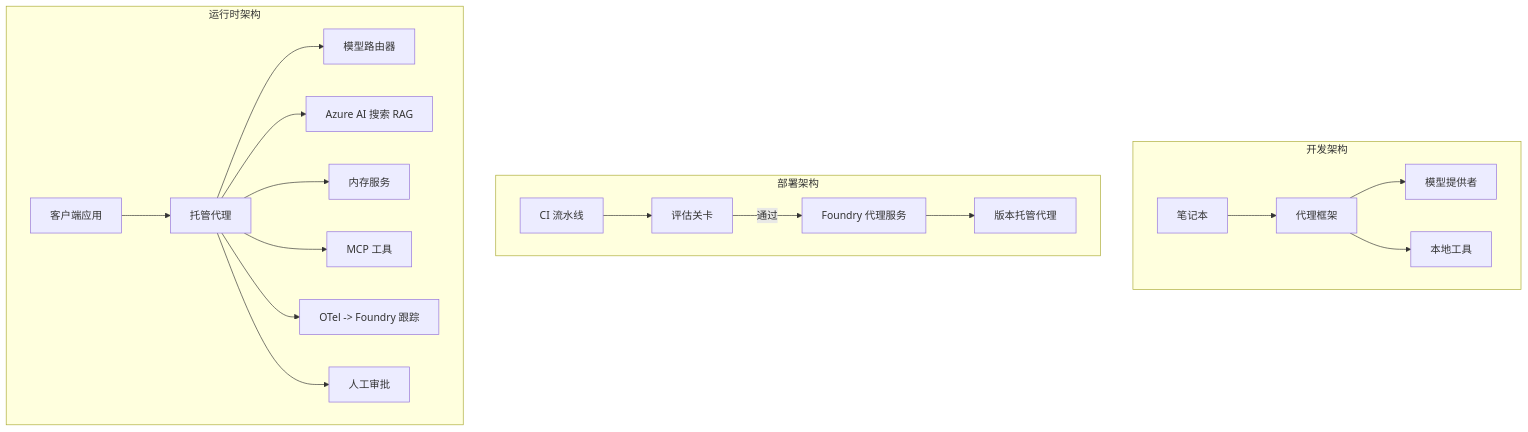
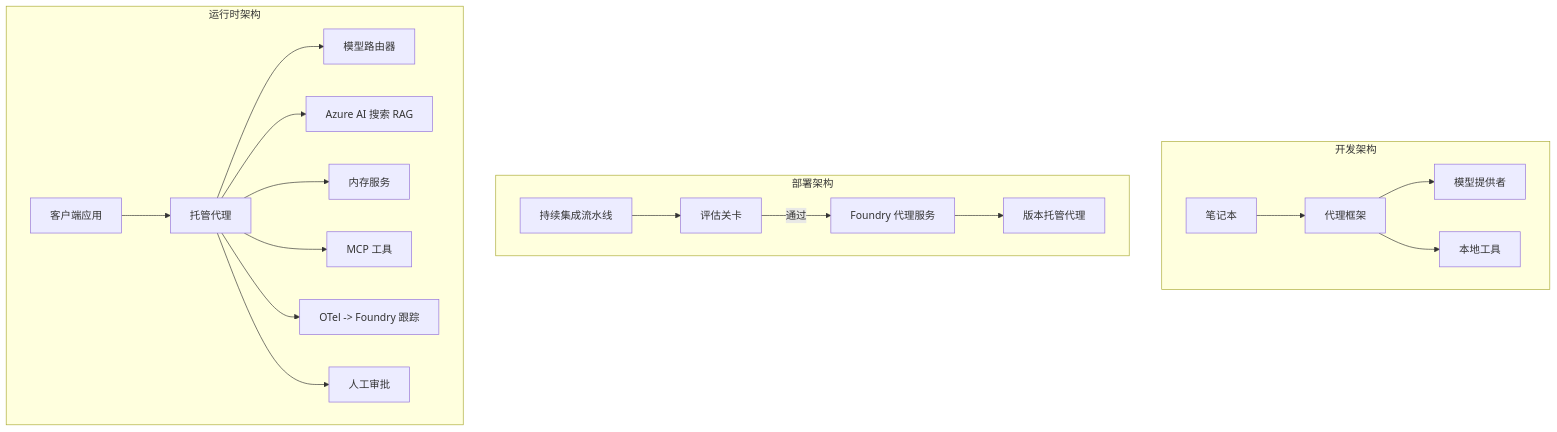
One commit to microsoft/ai-agents-for-beginners changed the fourth of 4 diagrams in translations/zh-CN/16-deploying-scalable-agents/README.md. Above: the diagram before and after it, drawn with Mermaid. The commit also changed other lines of this file and 47 other files, not shown here.

````diff
--- a/translations/zh-CN/16-deploying-scalable-agents/README.md
+++ b/translations/zh-CN/16-deploying-scalable-agents/README.md
@@ -185,22 +185,22 @@
 ```mermaid
 flowchart TB
     subgraph Dev[开发架构]
         D1[笔记本] --> D2[代理框架]
         D2 --> D3[模型提供者]
         D2 --> D4[本地工具]
     end
     subgraph Deploy[部署架构]
-        E1[CI 流水线] --> E2[评估关卡]
+        E1[持续集成流水线] --> E2[评估关卡]
         E2 -->|通过| E3[Foundry 代理服务]
         E3 --> E4[版本托管代理]
     end
     subgraph Run[运行时架构]
         F1[客户端应用] --> F2[托管代理]
         F2 --> F3[模型路由器]
         F2 --> F4[Azure AI 搜索 RAG]
         F2 --> F5[内存服务]
         F2 --> F6[MCP 工具]
         F2 --> F7[OTel -> Foundry 跟踪]
         F2 --> F8[人工审批]
     end
 ```
````
